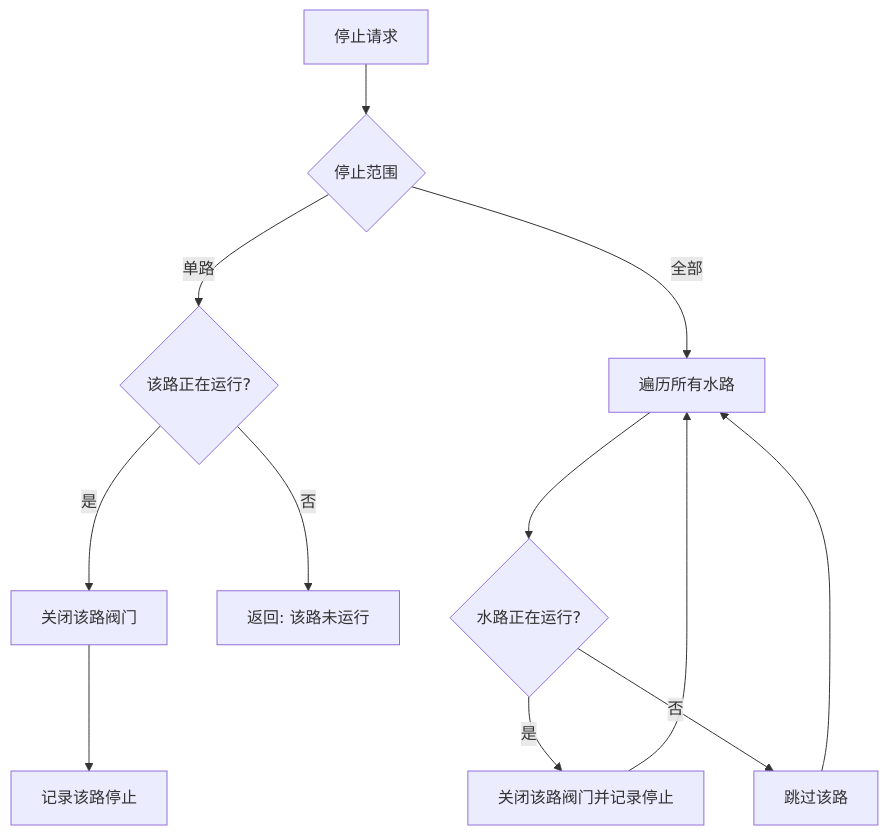
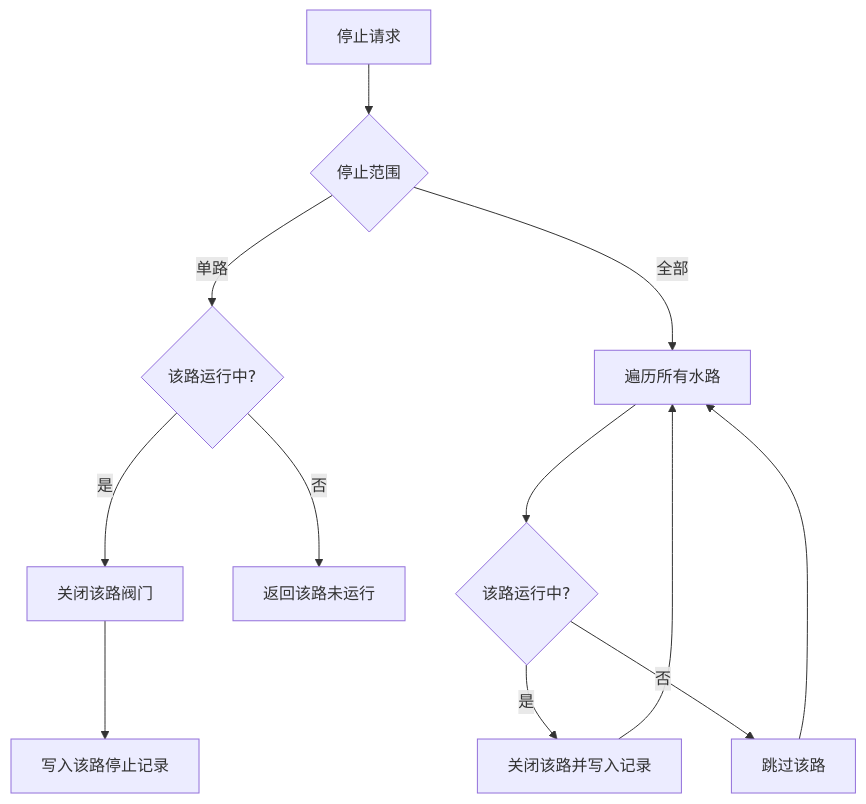
The fifth of 6 diagrams in 灌溉系统核心逻辑说明.md (tangyangguang/Esp32_Irrigation), drawn with Mermaid before and after one commit. The commit also changed other lines of this file, not shown here.

````diff
--- a/灌溉系统核心逻辑说明.md
+++ b/灌溉系统核心逻辑说明.md
@@ -302,14 +268,14 @@
 ```mermaid
 flowchart TD
     A["停止请求"] --> B{"停止范围"}
-    B -- "单路" --> C{"该路正在运行?"}
+    B -- "单路" --> C{"该路运行中?"}
     C -- 是 --> D["关闭该路阀门"]
-    C -- 否 --> E["返回: 该路未运行"]
-    D --> F["记录该路停止"]
+    C -- 否 --> E["返回该路未运行"]
+    D --> F["写入该路停止记录"]
     B -- "全部" --> G["遍历所有水路"]
-    G --> H{"水路正在运行?"}
-    H -- 是 --> I["关闭该路阀门并记录停止"]
+    G --> H{"该路运行中?"}
+    H -- 是 --> I["关闭该路并写入记录"]
     H -- 否 --> J["跳过该路"]
     I --> G
     J --> G
 ```
````
